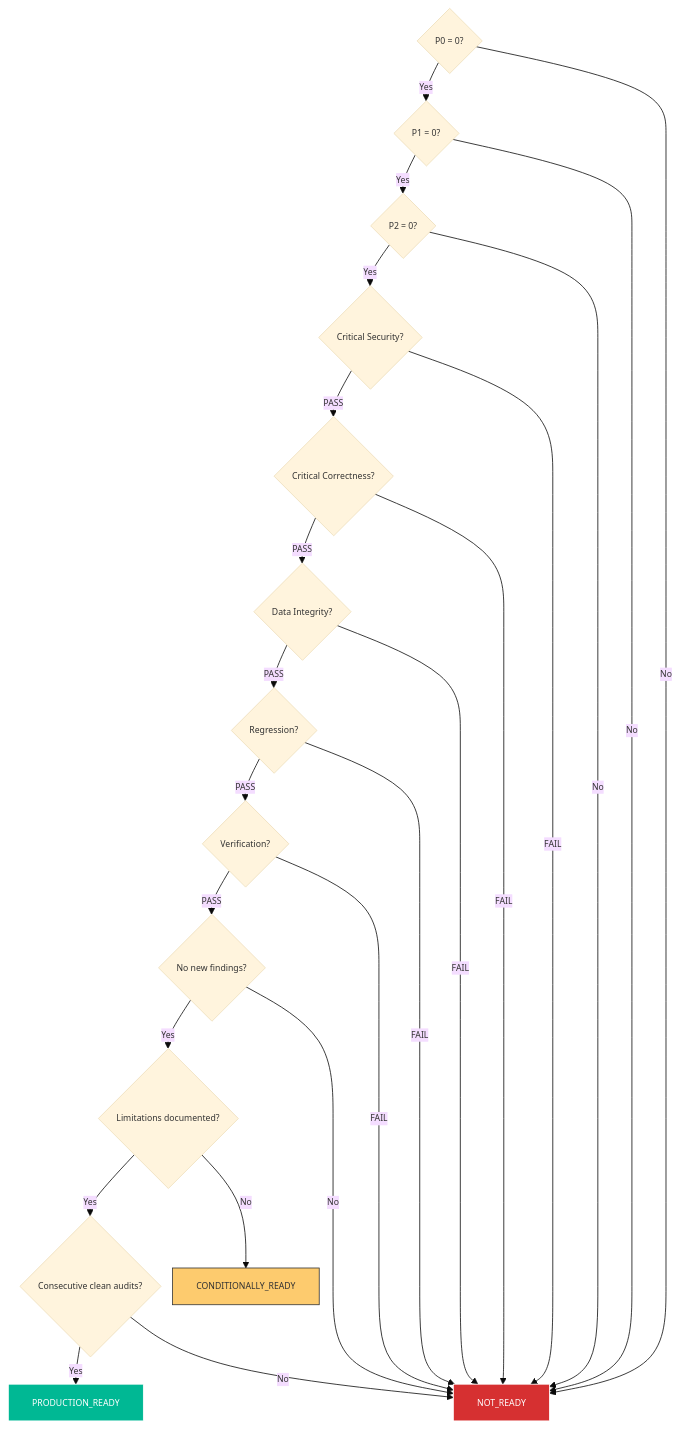
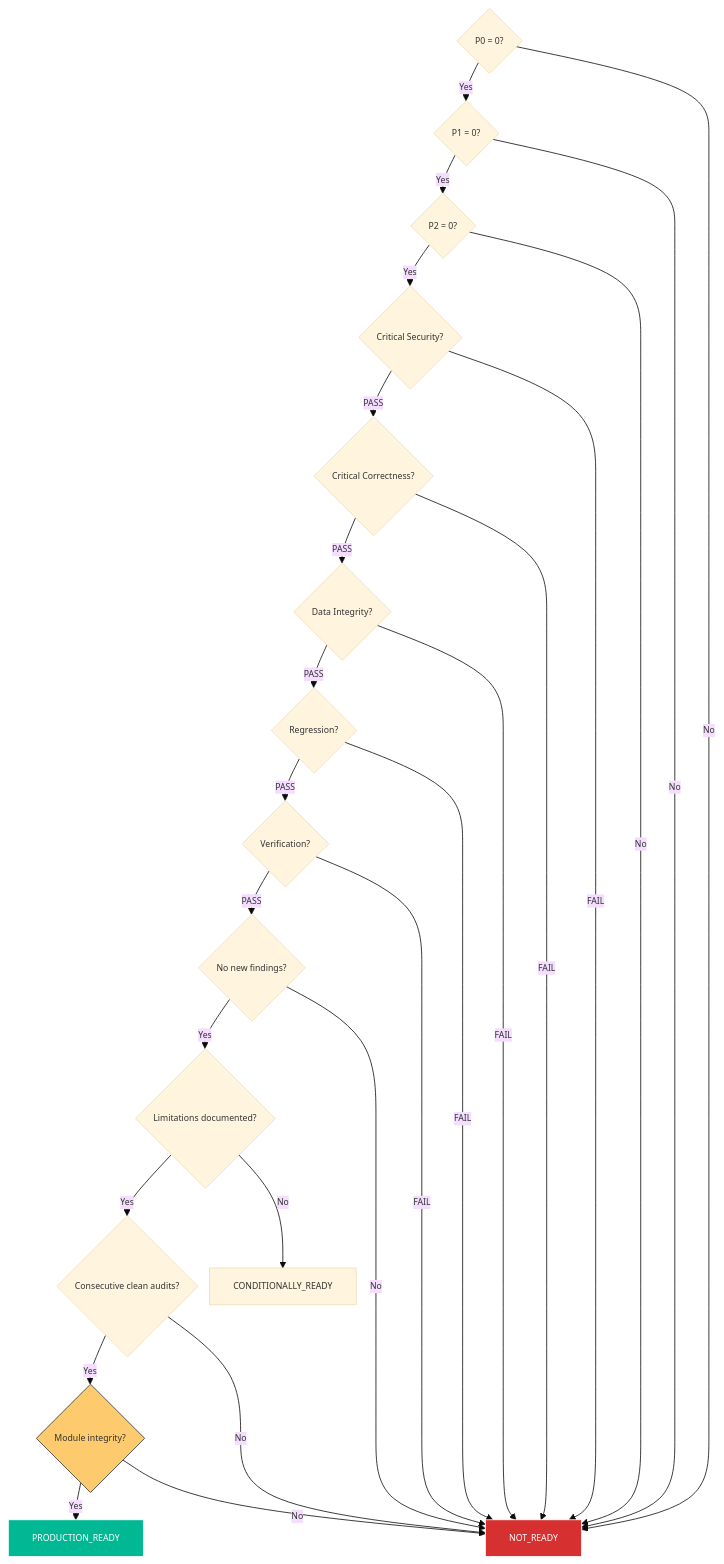
Before and after one commit to masrizram/aura: the second of 2 diagrams in README.md, drawn with Mermaid. The commit also changed other lines of this file and 37 other files, not shown here.

````diff
--- a/README.md
+++ b/README.md
@@ -246,30 +247,32 @@
 ```mermaid
 %%{init: {'theme':'base', 'themeVariables': {'fontSize':'11px'}, 'flowchart':{'nodeSpacing':15,'rankSpacing':18}}}%%
 graph TD
     A{P0 = 0?} -->|Yes| B{P1 = 0?}
     A -->|No| X["NOT_READY"]
     B -->|Yes| C{P2 = 0?}
     B -->|No| X
     C -->|Yes| D{Critical Security?}
     C -->|No| X
     D -->|PASS| E{Critical Correctness?}
     D -->|FAIL| X
     E -->|PASS| F{Data Integrity?}
     E -->|FAIL| X
     F -->|PASS| G{Regression?}
     F -->|FAIL| X
     G -->|PASS| H{Verification?}
     G -->|FAIL| X
     H -->|PASS| I{No new findings?}
     H -->|FAIL| X
     I -->|Yes| J{Limitations documented?}
     I -->|No| X
     J -->|Yes| K{Consecutive clean audits?}
-    J -->|No| L["CONDITIONALLY_READY"]
-    K -->|Yes| M["PRODUCTION_READY"]
+    K -->|Yes| L{Module integrity?}
     K -->|No| X
+    L -->|Yes| M["PRODUCTION_READY"]
+    L -->|No| X
+    J -->|No| N["CONDITIONALLY_READY"]
 
     style M fill:#00b894,stroke:#fff,color:#fff
     style X fill:#d63031,stroke:#fff,color:#fff
     style L fill:#fdcb6e,stroke:#333,color:#333
 ```
````
